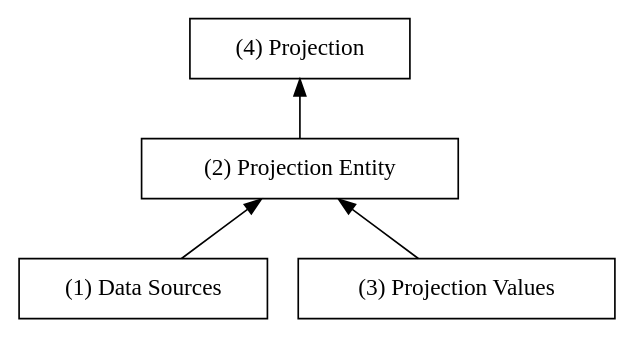
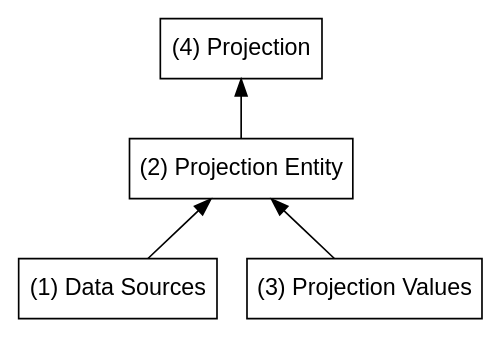
Before and after one commit to chingdaotze/actuarial-model: the diagram in docs/source/tutorial_pt2.rst, drawn with Graphviz. The commit also changed other lines of this file and 1 other file, not shown here.

```diff
--- a/docs/source/tutorial_pt2.rst
+++ b/docs/source/tutorial_pt2.rst
@@ -67,10 +67,10 @@
 .. graphviz::
 
     digraph {
         edge [dir="back"];
-        node [fontname="Consolas", shape="Box"];
+        node [fontname="Arial", shape="Box"];
 
         "(4) Projection" -> "(2) Projection Entity";
         "(2) Projection Entity" -> "(1) Data Sources";
         "(2) Projection Entity" -> "(3) Projection Values";
     }
```
